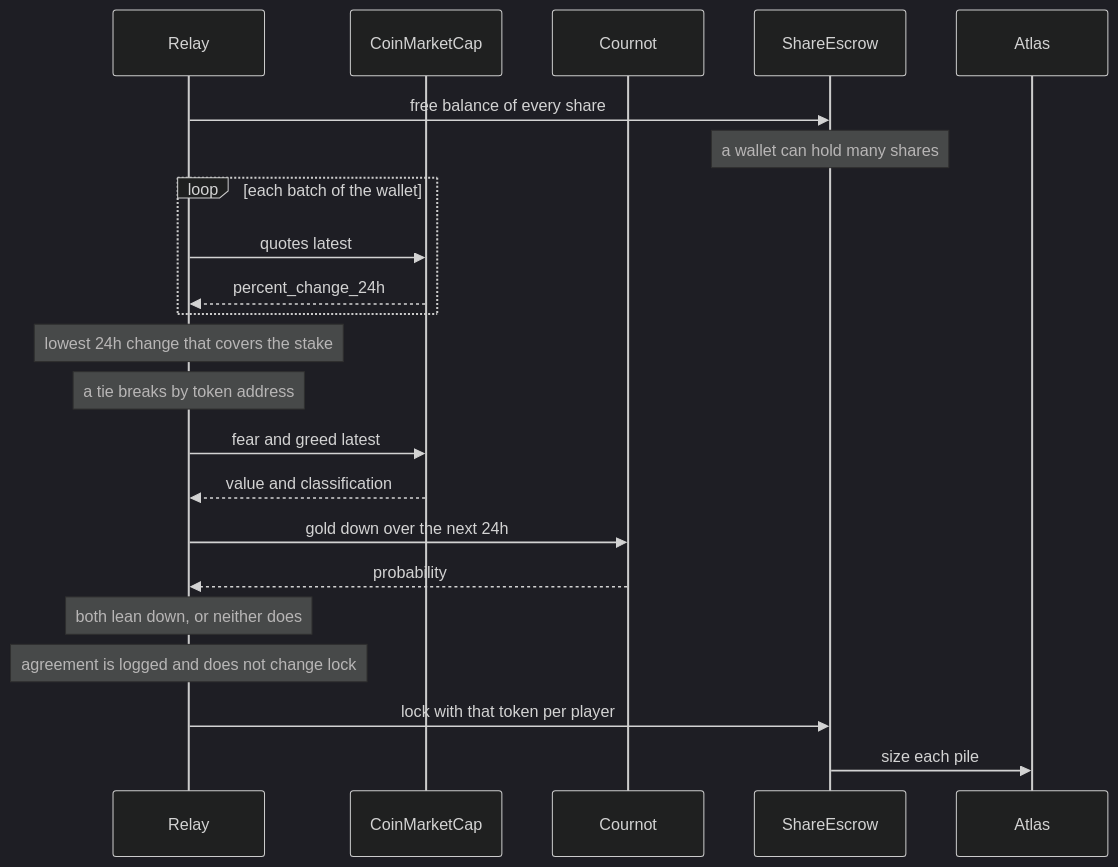
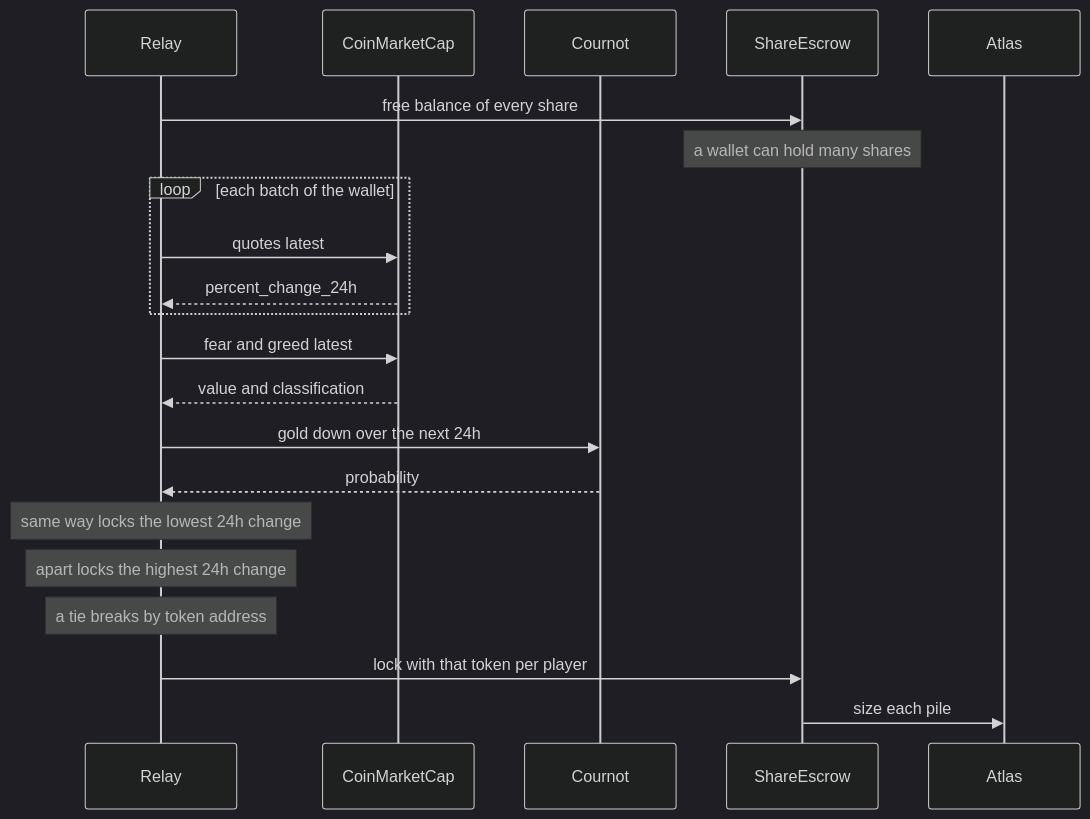
One commit to Vib-UX/connect changed the first of 2 diagrams in README.md. Above: the diagram before and after it, drawn with Mermaid (dark theme). The commit also changed other lines of this file and 7 other files, not shown here.

````diff
--- a/README.md
+++ b/README.md
@@ -13,25 +13,24 @@
 ```mermaid
 sequenceDiagram
   participant Relay
   participant CMC as CoinMarketCap
   participant Cournot
   participant Escrow as ShareEscrow
   participant Atlas
 
   Relay->>Escrow: free balance of every share
   Note over Escrow: a wallet can hold many shares
   loop each batch of the wallet
     Relay->>CMC: quotes latest
     CMC-->>Relay: percent_change_24h
   end
-  Note over Relay: lowest 24h change that covers the stake
-  Note over Relay: a tie breaks by token address
   Relay->>CMC: fear and greed latest
   CMC-->>Relay: value and classification
   Relay->>Cournot: gold down over the next 24h
   Cournot-->>Relay: probability
-  Note over Relay: both lean down, or neither does
-  Note over Relay: agreement is logged and does not change lock
+  Note over Relay: same way locks the lowest 24h change
+  Note over Relay: apart locks the highest 24h change
+  Note over Relay: a tie breaks by token address
   Relay->>Escrow: lock with that token per player
   Escrow->>Atlas: size each pile
 ```
````
